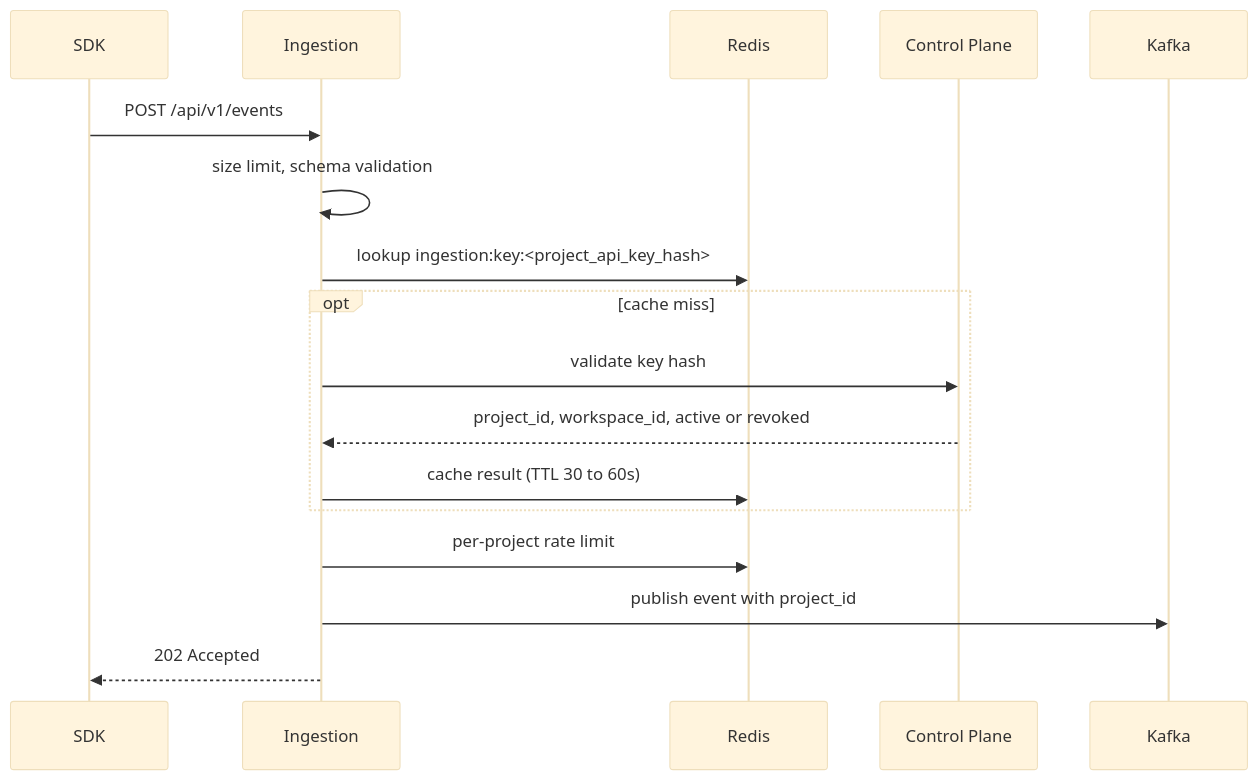
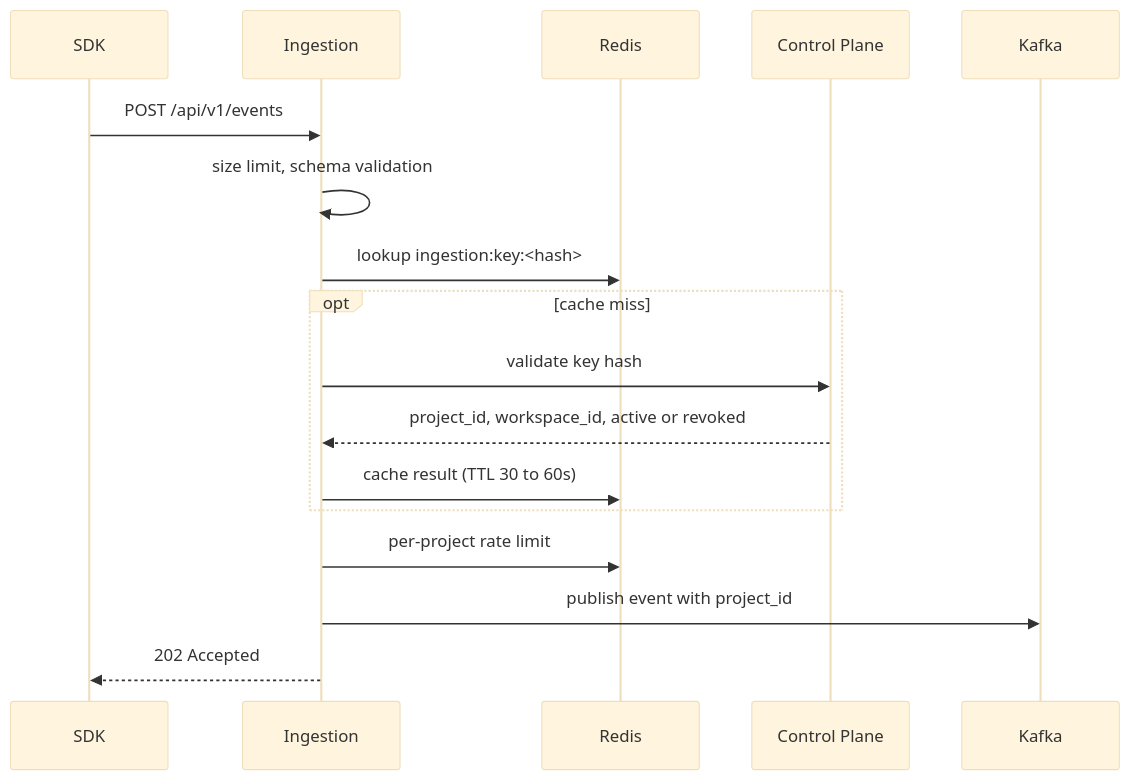
One commit to abhinavashokm/faultline-incident-platform changed the diagram in docs/architecture/ingestion-auth.md. Above: the diagram before and after it, drawn with Mermaid (base theme). The commit also changed other lines of this file, not shown here.

Commit message:
docs(auth): clarify project API key usage and caching details in SDK authentication documentation

````diff
--- a/docs/architecture/ingestion-auth.md
+++ b/docs/architecture/ingestion-auth.md
@@ -25,20 +25,20 @@
 ```mermaid
 sequenceDiagram
   participant SDK
   participant ING as Ingestion
   participant R as Redis
   participant CP as Control Plane
   participant K as Kafka
 
   SDK->>ING: POST /api/v1/events
   ING->>ING: size limit, schema validation
-  ING->>R: lookup ingestion:key:<project_api_key_hash>
+  ING->>R: lookup ingestion:key:<hash>
   opt cache miss
     ING->>CP: validate key hash
     CP-->>ING: project_id, workspace_id, active or revoked
     ING->>R: cache result (TTL 30 to 60s)
   end
   ING->>R: per-project rate limit
   ING->>K: publish event with project_id
   ING-->>SDK: 202 Accepted
 ```
````
